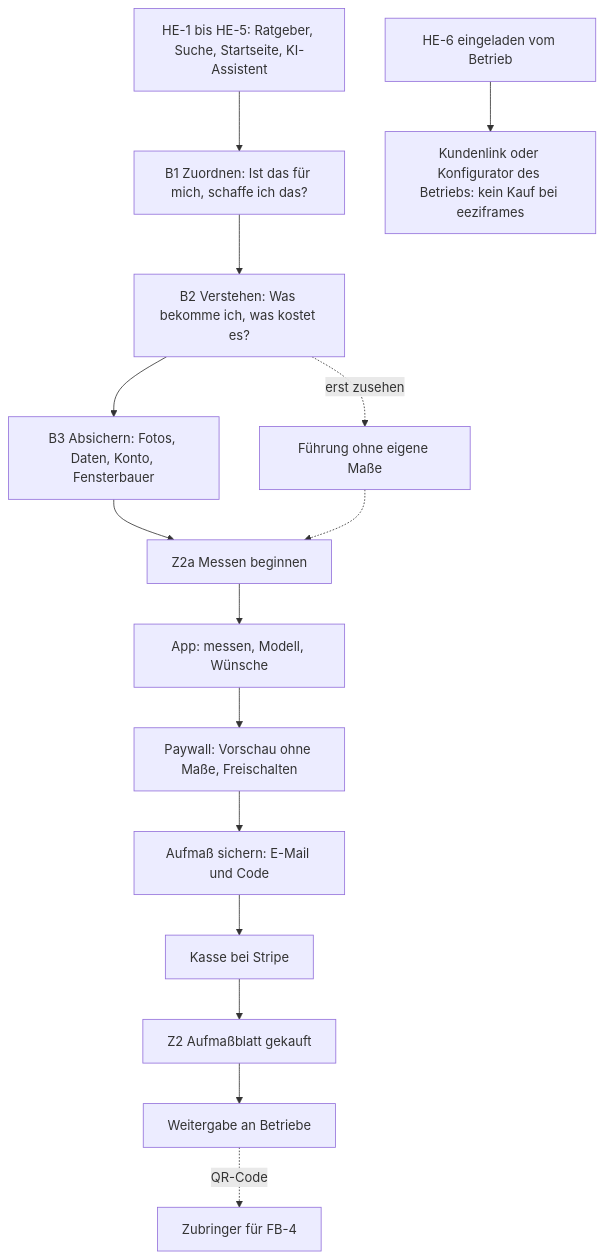
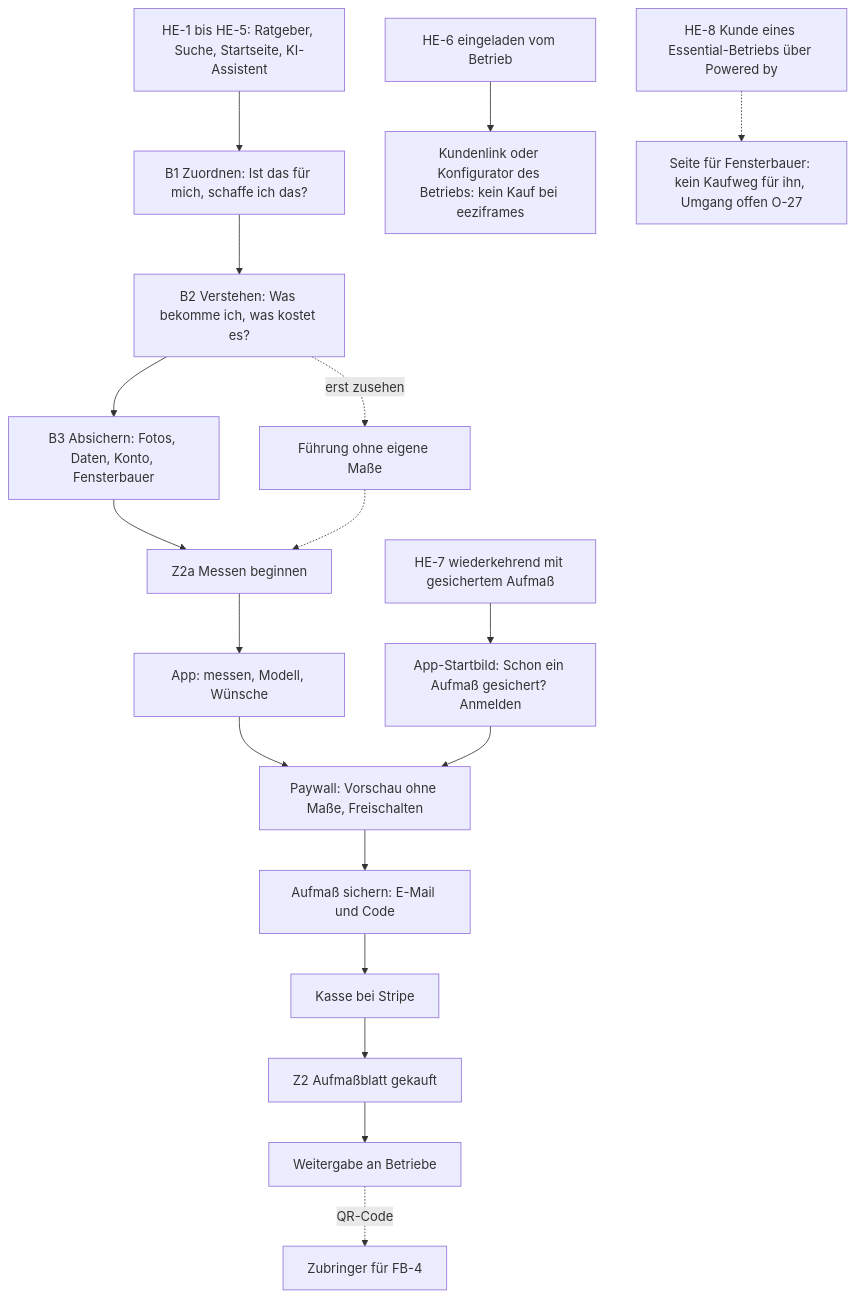
One commit to patrickkies-web/fenstero changed the second of 2 diagrams in docs/website-blueprint/04-entscheidungsarchitektur.md. Above: the diagram before and after it, drawn with Mermaid. The commit also changed other lines of this file and 12 other files, not shown here.

````diff
--- a/docs/website-blueprint/04-entscheidungsarchitektur.md
+++ b/docs/website-blueprint/04-entscheidungsarchitektur.md
@@ -485,17 +500,20 @@
 ```mermaid
 flowchart TD
   HE["HE-1 bis HE-5: Ratgeber, Suche, Startseite, KI-Assistent"] --> B1["B1 Zuordnen: Ist das für mich, schaffe ich das?"]
   B1 --> B2["B2 Verstehen: Was bekomme ich, was kostet es?"]
   B2 --> B3["B3 Absichern: Fotos, Daten, Konto, Fensterbauer"]
   B3 --> Z2A["Z2a Messen beginnen"]
   B2 -.->|"erst zusehen"| FUE["Führung ohne eigene Maße"]
   FUE -.-> Z2A
   Z2A --> A1["App: messen, Modell, Wünsche"]
   A1 --> A2["Paywall: Vorschau ohne Maße, Freischalten"]
   A2 --> A3["Aufmaß sichern: E-Mail und Code"]
   A3 --> A4["Kasse bei Stripe"]
   A4 --> Z2["Z2 Aufmaßblatt gekauft"]
   Z2 --> WEI["Weitergabe an Betriebe"]
   WEI -.->|"QR-Code"| FB4["Zubringer für FB-4"]
   HE6["HE-6 eingeladen vom Betrieb"] --> INST["Kundenlink oder Konfigurator des Betriebs: kein Kauf bei eeziframes"]
+  HE7["HE-7 wiederkehrend mit gesichertem Aufmaß"] --> ANM["App-Startbild: Schon ein Aufmaß gesichert? Anmelden"]
+  ANM --> A2
+  HE8["HE-8 Kunde eines Essential-Betriebs über Powered by"] -.-> FBS["Seite für Fensterbauer: kein Kaufweg für ihn, Umgang offen O-27"]
 ```
````
